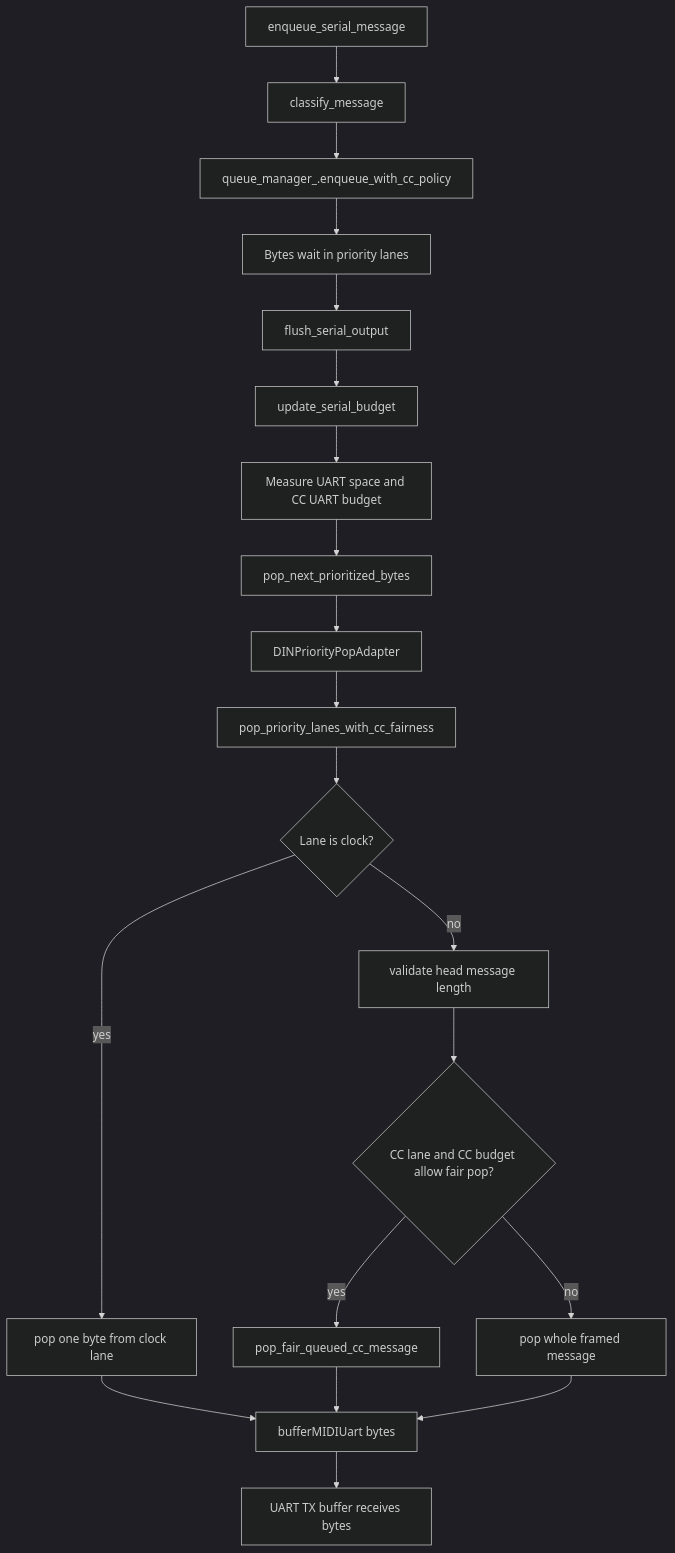
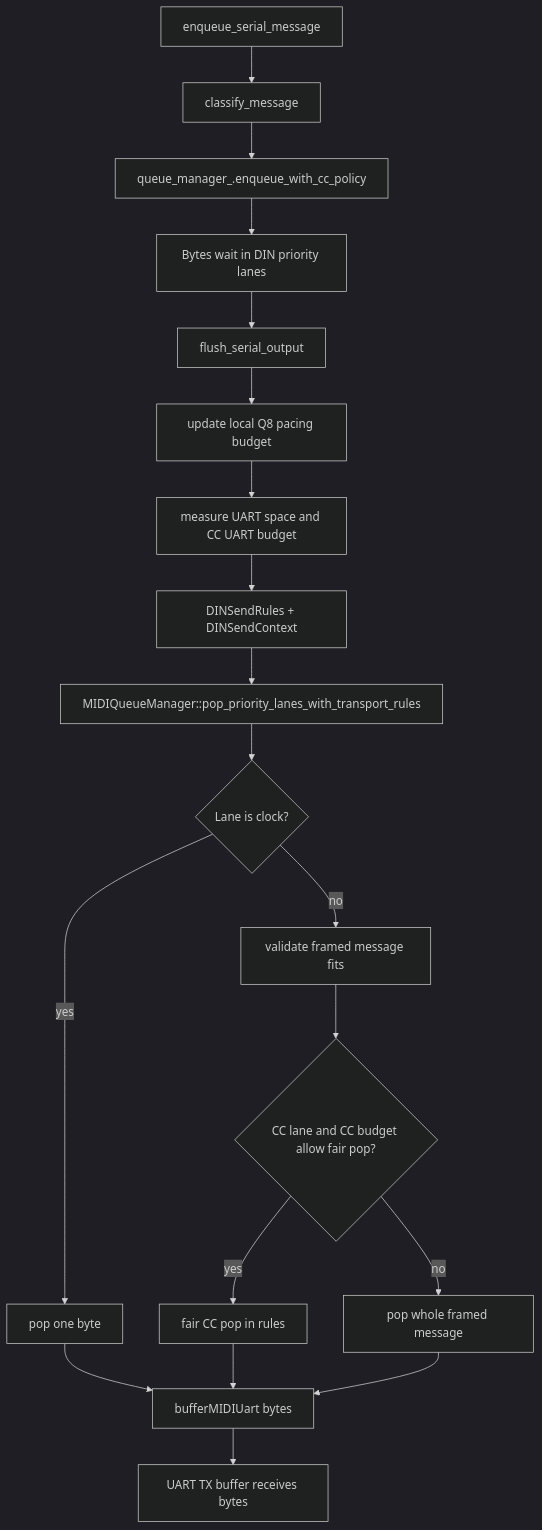
One commit to seangoodvibes/DelugeFirmware changed the third of 5 diagrams in docs/dev/midi_queue_flow.md. Above: the diagram before and after it, drawn with Mermaid (dark theme). The commit also changed other lines of this file and 2 other files, not shown here.

````diff
--- a/docs/dev/midi_queue_flow.md
+++ b/docs/dev/midi_queue_flow.md
@@ -78,22 +57,21 @@
 ```mermaid
 flowchart TD
     D1[enqueue_serial_message] --> D2[classify_message]
     D2 --> D3[queue_manager_.enqueue_with_cc_policy]
-    D3 --> D4[Bytes wait in priority lanes]
+    D3 --> D4[Bytes wait in DIN priority lanes]
     D4 --> D5[flush_serial_output]
-    D5 --> D6[update_serial_budget]
-    D6 --> D7[Measure UART space and CC UART budget]
-    D7 --> D8[pop_next_prioritized_bytes]
-    D8 --> D9[DINPriorityPopAdapter]
-    D9 --> D10[pop_priority_lanes_with_cc_fairness]
-    D10 --> D11{Lane is clock?}
-    D11 -- yes --> D12[pop one byte from clock lane]
-    D11 -- no --> D13[validate head message length]
-    D13 --> D14{CC lane and CC budget allow fair pop?}
-    D14 -- yes --> D15[pop_fair_queued_cc_message]
-    D14 -- no --> D16[pop whole framed message]
-    D12 --> D17[bufferMIDIUart bytes]
-    D15 --> D17
-    D16 --> D17
-    D17 --> D18[UART TX buffer receives bytes]
+    D5 --> D6[update local Q8 pacing budget]
+    D6 --> D7[measure UART space and CC UART budget]
+    D7 --> D8[DINSendRules + DINSendContext]
+    D8 --> D9[MIDIQueueManager::pop_priority_lanes_with_transport_rules]
+    D9 --> D10{Lane is clock?}
+    D10 -- yes --> D11[pop one byte]
+    D10 -- no --> D12[validate framed message fits]
+    D12 --> D13{CC lane and CC budget allow fair pop?}
+    D13 -- yes --> D14[fair CC pop in rules]
+    D13 -- no --> D15[pop whole framed message]
+    D11 --> D16[bufferMIDIUart bytes]
+    D14 --> D16
+    D15 --> D16
+    D16 --> D17[UART TX buffer receives bytes]
 ```
````
